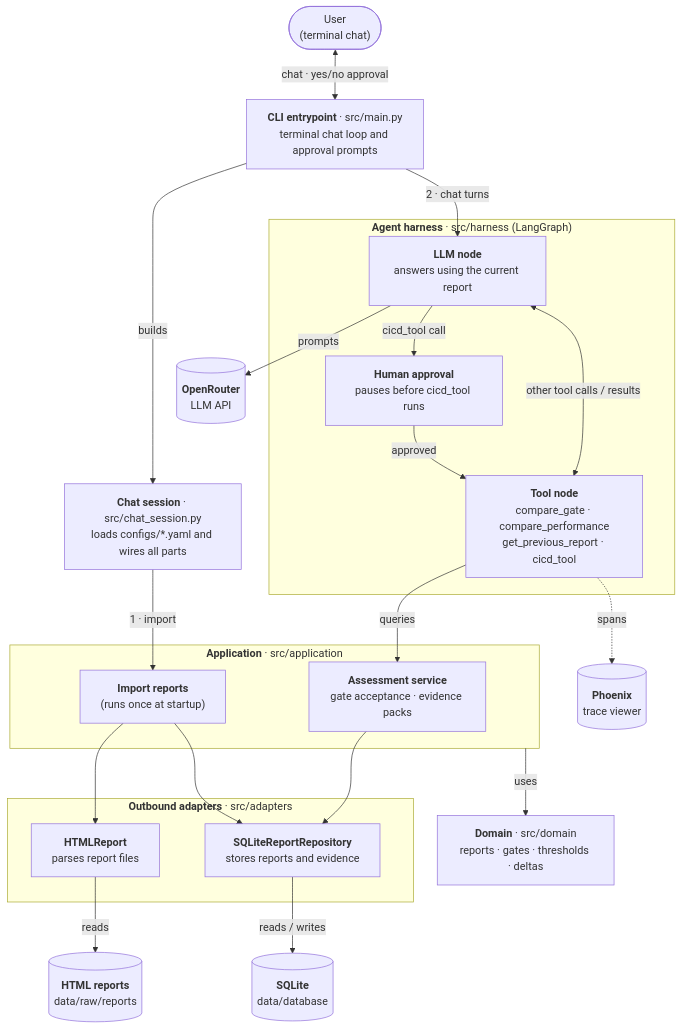
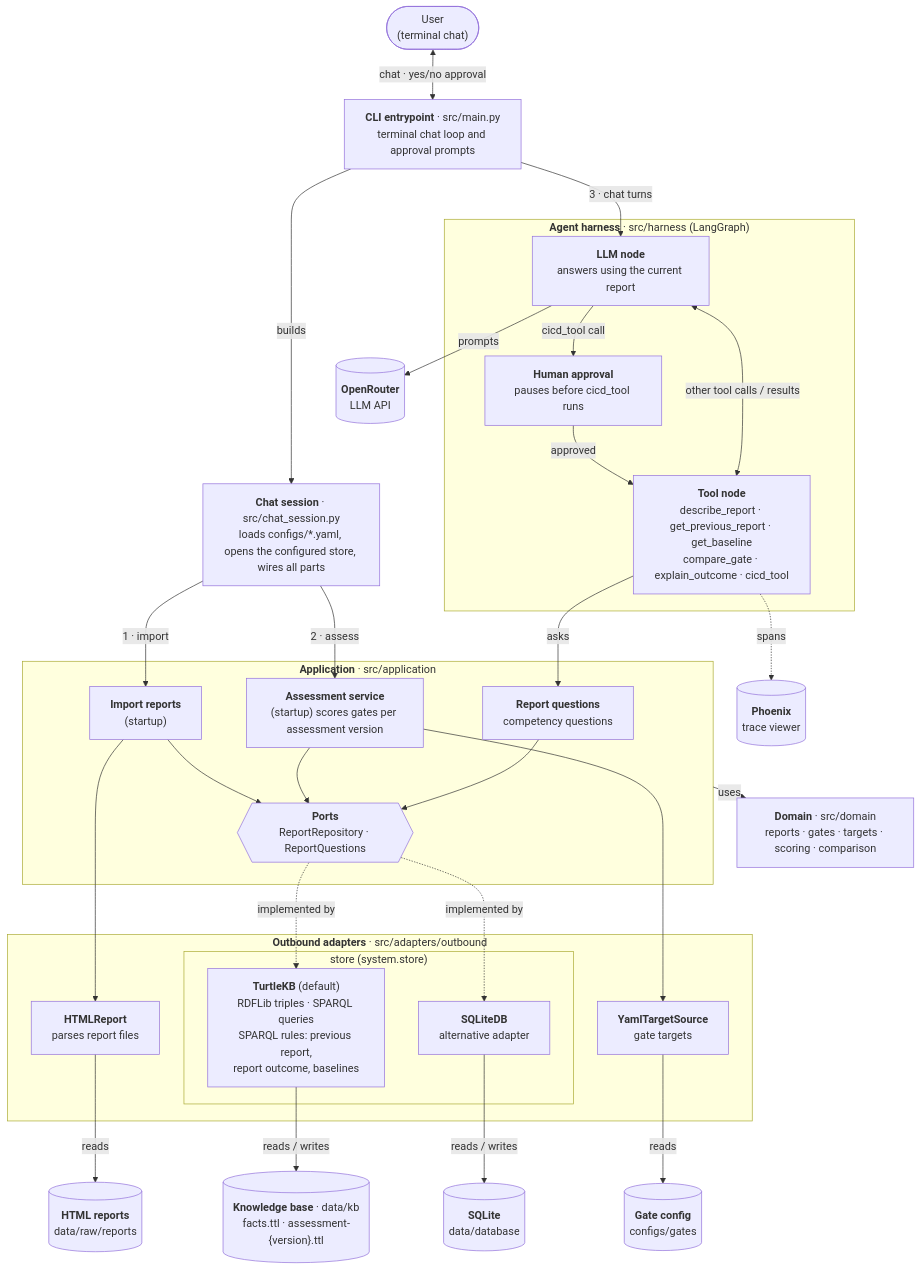
One commit to ZHAW-InIT-SoftwareEngineering/release-compass changed the diagram in README.md. Above: the diagram before and after it, drawn with Mermaid. The commit also changed other lines of this file and 27 other files, not shown here.

````diff
--- a/README.md
+++ b/README.md
@@ -5,47 +26,60 @@
 ```mermaid
 flowchart TB
     user(["User<br/>(terminal chat)"])
     main["<b>CLI entrypoint</b> · src/main.py<br/>terminal chat loop and approval prompts"]
-    session["<b>Chat session</b> · src/chat_session.py<br/>loads configs/*.yaml and wires all parts"]
+    session["<b>Chat session</b> · src/chat_session.py<br/>loads configs/*.yaml, opens the configured store, wires all parts"]
 
     subgraph harness["<b>Agent harness</b> · src/harness (LangGraph)"]
         llm["<b>LLM node</b><br/>answers using the current report"]
         approval["<b>Human approval</b><br/>pauses before cicd_tool runs"]
-        tools["<b>Tool node</b><br/>compare_gate · compare_performance<br/>get_previous_report · cicd_tool"]
+        tools["<b>Tool node</b><br/>describe_report · get_previous_report · get_baseline<br/>compare_gate · explain_outcome · cicd_tool"]
         llm -- "cicd_tool call" --> approval
         approval -- "approved" --> tools
         llm <-- "other tool calls / results" --> tools
     end
 
     openrouter[("<b>OpenRouter</b><br/>LLM API")]
     phoenix[("<b>Phoenix</b><br/>trace viewer")]
 
     subgraph app["<b>Application</b> · src/application"]
-        importuc["<b>Import reports</b><br/>(runs once at startup)"]
-        assess["<b>Assessment service</b><br/>gate acceptance · evidence packs"]
+        importuc["<b>Import reports</b><br/>(startup)"]
+        assess["<b>Assessment service</b><br/>(startup) scores gates per assessment version"]
+        questions["<b>Report questions</b><br/>competency questions"]
+        ports{{"<b>Ports</b><br/>ReportRepository · ReportQuestions"}}
     end
 
-    domain["<b>Domain</b> · src/domain<br/>reports · gates · thresholds · deltas"]
+    domain["<b>Domain</b> · src/domain<br/>reports · gates · targets · scoring · comparison"]
 
-    subgraph adapters["<b>Outbound adapters</b> · src/adapters"]
+    subgraph adapters["<b>Outbound adapters</b> · src/adapters/outbound"]
         html["<b>HTMLReport</b><br/>parses report files"]
-        sqlite["<b>SQLiteReportRepository</b><br/>stores reports and evidence"]
+        targetsrc["<b>YamlTargetSource</b><br/>gate targets"]
+        subgraph store["store (system.store)"]
+            kb["<b>TurtleKB</b> (default)<br/>RDFLib triples · SPARQL queries<br/>SPARQL rules: previous report,<br/>report outcome, baselines"]
+            sqlite["<b>SQLiteDB</b><br/>alternative adapter"]
+        end
     end
 
     rawdata[("<b>HTML reports</b><br/>data/raw/reports")]
+    gatecfg[("<b>Gate config</b><br/>configs/gates")]
+    kbfiles[("<b>Knowledge base</b> · data/kb<br/>facts.ttl · assessment-{version}.ttl")]
     db[("<b>SQLite</b><br/>data/database")]
 
     user <-- "chat · yes/no approval" --> main
     main -- "builds" --> session
     session -- "1 · import" --> importuc
-    main -- "2 · chat turns" --> llm
+    session -- "2 · assess" --> assess
+    main -- "3 · chat turns" --> llm
     llm -- "prompts" --> openrouter
     tools -. "spans" .-> phoenix
-    tools -- "queries" --> assess
+    tools -- "asks" --> questions
     app -- "uses" --> domain
     importuc --> html
-    importuc --> sqlite
-    assess --> sqlite
+    assess --> targetsrc
+    importuc & assess & questions --> ports
+    ports -. "implemented by" .-> kb
+    ports -. "implemented by" .-> sqlite
     html -- "reads" --> rawdata
+    targetsrc -- "reads" --> gatecfg
+    kb -- "reads / writes" --> kbfiles
     sqlite -- "reads / writes" --> db
 ```
````
